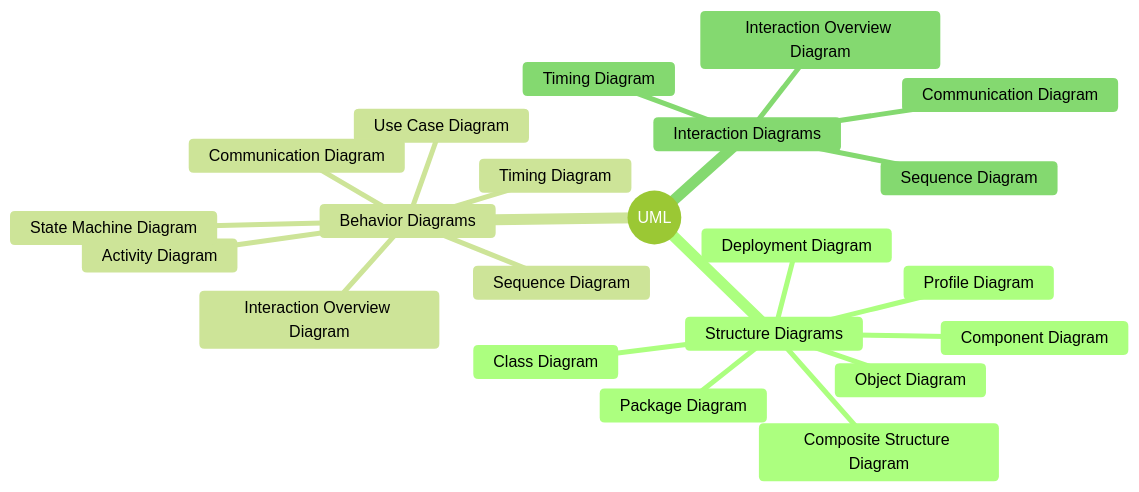
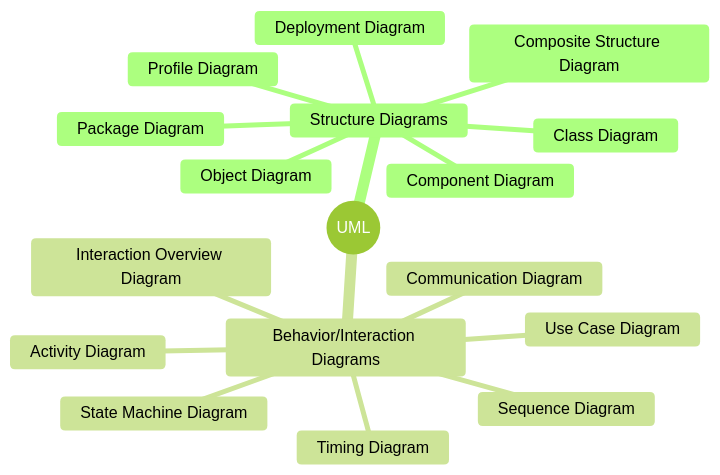
One commit to thinkaboutcode/knowledge-base changed the diagram in architecture/architecture_uml.md. Above: the diagram before and after it, drawn with Mermaid (forest theme). The commit also changed other lines of this file, not shown here.

````diff
--- a/architecture/architecture_uml.md
+++ b/architecture/architecture_uml.md
@@ -7,25 +7,20 @@
 ```mermaid
 mindmap
   root((UML))
     Structure Diagrams
       Class Diagram
       Object Diagram
       Component Diagram
       Composite Structure Diagram
       Deployment Diagram
       Package Diagram
       Profile Diagram
-    Behavior Diagrams
+    Behavior/Interaction Diagrams
       Use Case Diagram
       Activity Diagram
       State Machine Diagram
       Sequence Diagram
       Communication Diagram
       Interaction Overview Diagram
       Timing Diagram
-    Interaction Diagrams
-      Sequence Diagram
-      Communication Diagram
-      Timing Diagram
-      Interaction Overview Diagram
 ```
````
